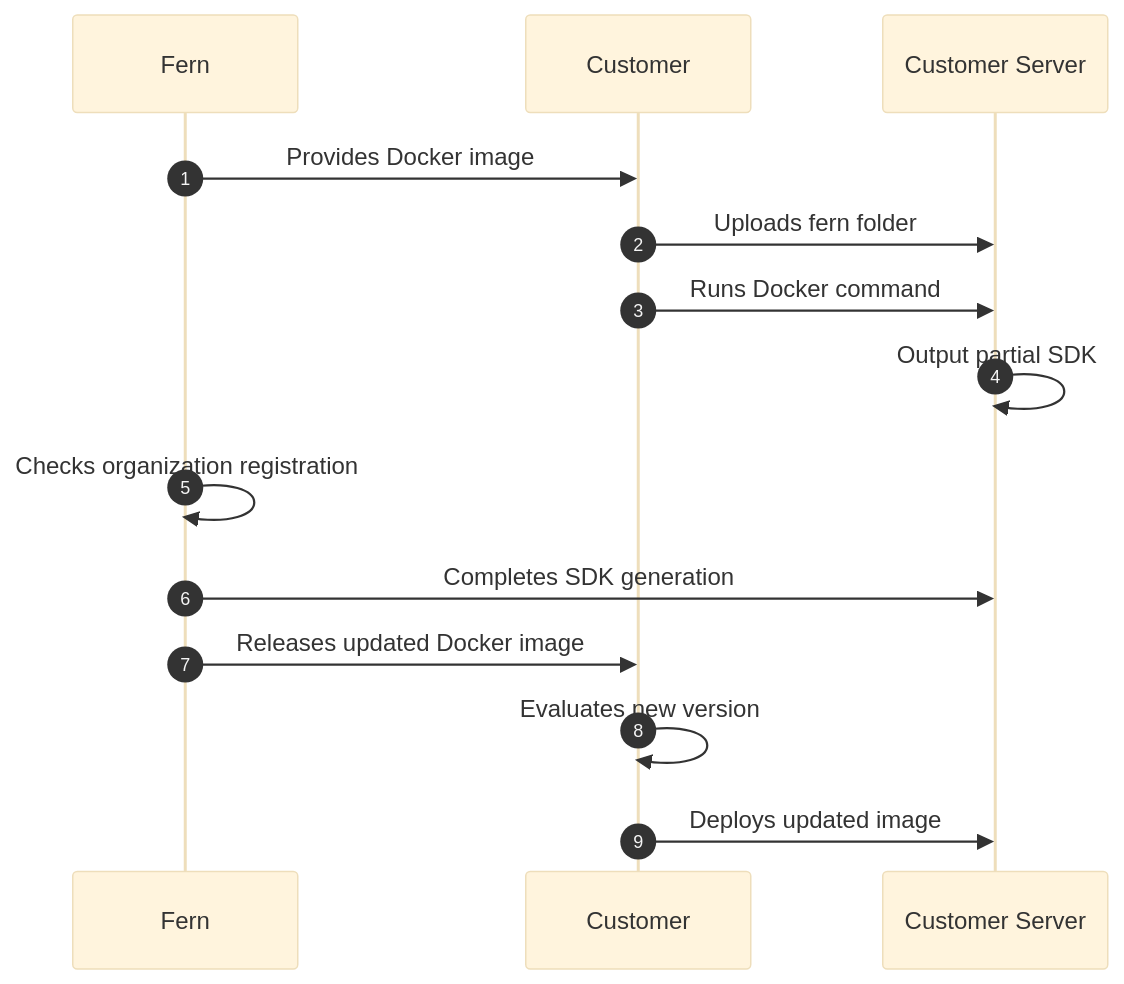
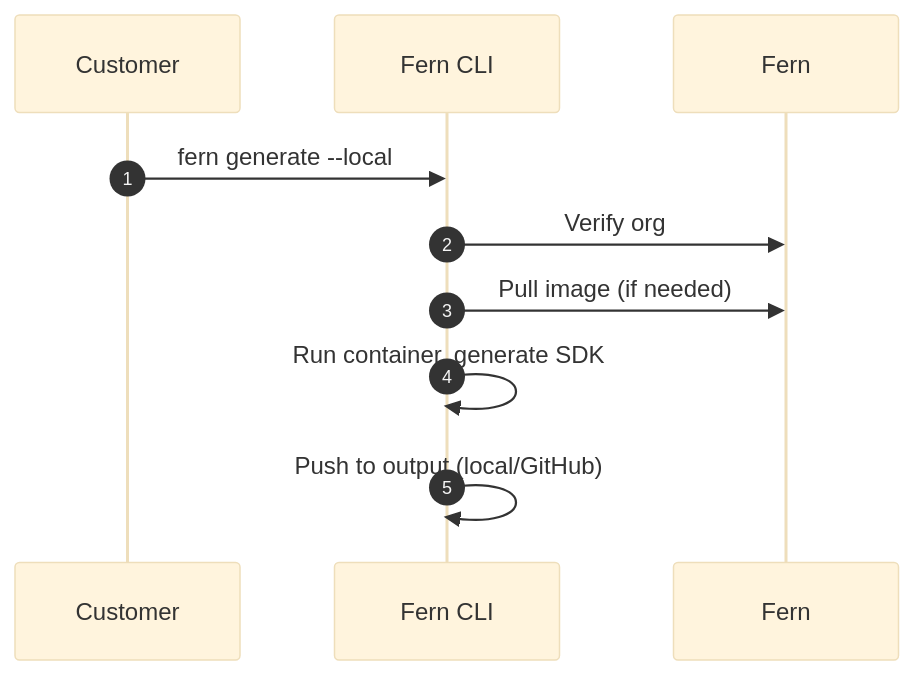
The diagram in fern/products/sdks/guides/self-hosted.mdx (Thegreatsura/fern-docs), drawn with Mermaid (base theme) before and after one commit. The commit also changed other lines of this file and 2 other files, not shown here.

Commit message:
docs: add self-hosted SDK setup documentation (#2972)

````diff
--- a/fern/products/sdks/guides/self-hosted.mdx
+++ b/fern/products/sdks/guides/self-hosted.mdx
@@ -38,16 +147,12 @@
 ```mermaid
 sequenceDiagram
     autonumber
+    participant C as Customer
+    participant CLI as Fern CLI
     participant F as Fern
-    participant C as Customer
-    participant S as Customer Server
-    F->>C: Provides Docker image
-    C->>S: Uploads fern folder
-    C->>S: Runs Docker command
-    S->>S: Output partial SDK
-    F->>F: Checks organization registration
-    F->>S: Completes SDK generation
-    F->>C: Releases updated Docker image
-    C->>C: Evaluates new version
-    C->>S: Deploys updated image
+    C->>CLI: fern generate --local
+    CLI->>F: Verify org
+    CLI->>F: Pull image (if needed)
+    CLI->>CLI: Run container, generate SDK
+    CLI->>CLI: Push to output (local/GitHub)
 ```
````
